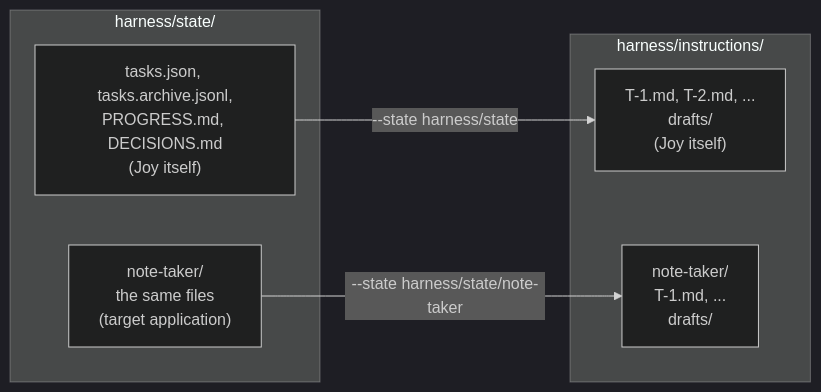
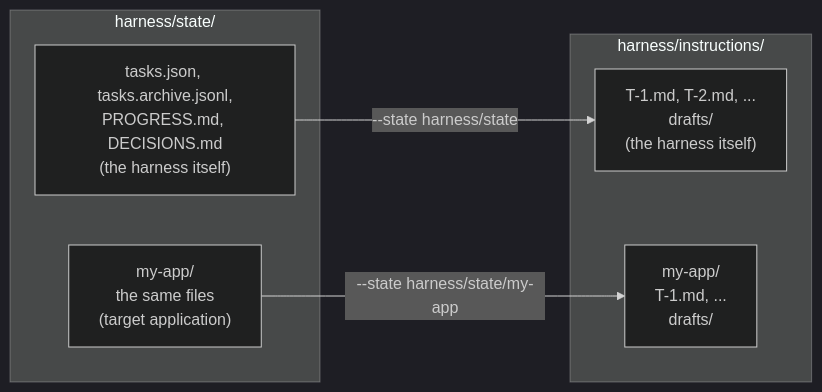
The third of 3 diagrams in README.md (the-joy-com/joy-code), drawn with Mermaid (dark theme) before and after one commit. The commit also changed other lines of this file and 30 other files, not shown here.

````diff
--- a/README.md
+++ b/README.md
@@ -129,13 +156,13 @@
 ```mermaid
 flowchart LR
     subgraph state["harness/state/"]
-        SJ["tasks.json, tasks.archive.jsonl,<br/>PROGRESS.md, DECISIONS.md<br/>(Joy itself)"]
-        SA["note-taker/<br/>the same files<br/>(target application)"]
+        SJ["tasks.json, tasks.archive.jsonl,<br/>PROGRESS.md, DECISIONS.md<br/>(the harness itself)"]
+        SA["my-app/<br/>the same files<br/>(target application)"]
     end
     subgraph instructions["harness/instructions/"]
-        IJ["T-1.md, T-2.md, ...<br/>drafts/<br/>(Joy itself)"]
-        IA["note-taker/<br/>T-1.md, ...<br/>drafts/"]
+        IJ["T-1.md, T-2.md, ...<br/>drafts/<br/>(the harness itself)"]
+        IA["my-app/<br/>T-1.md, ...<br/>drafts/"]
     end
     SJ -- "--state harness/state" --> IJ
-    SA -- "--state harness/state/note-taker" --> IA
+    SA -- "--state harness/state/my-app" --> IA
 ```
````
